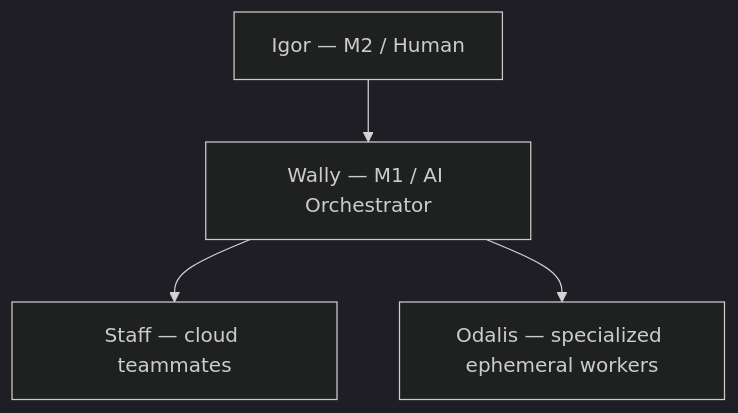
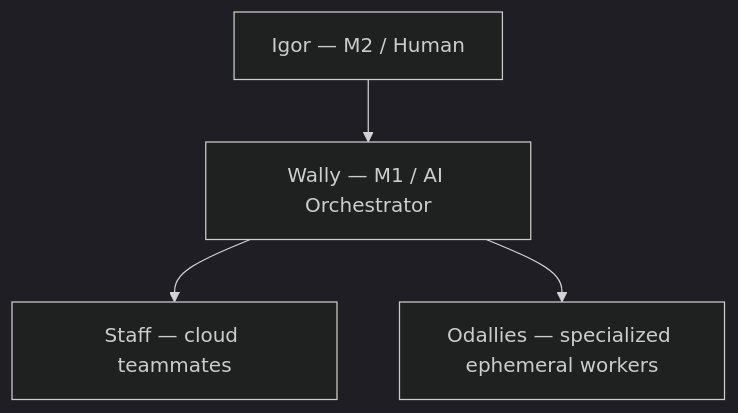
Before and after one commit to idvorkin/idvorkin.github.io: the diagram in _d/wally.md, drawn with Mermaid (dark theme). The commit also changed other lines of this file and 1 other file, not shown here.

First line of the commit message:
wally: rename plural "odalis" -> "Odallies" per Igor's correction

````diff
--- a/_d/wally.md
+++ b/_d/wally.md
@@ -63,10 +63,10 @@
 ```mermaid
 graph TD
     Igor[Igor — M2 / Human]
     Wally[Wally — M1 / AI Orchestrator]
     Staff[Staff — cloud teammates]
-    Odalis[Odalis — specialized ephemeral workers]
+    Odallies[Odallies — specialized ephemeral workers]
     Igor --> Wally
     Wally --> Staff
-    Wally --> Odalis
+    Wally --> Odallies
 ```
````
